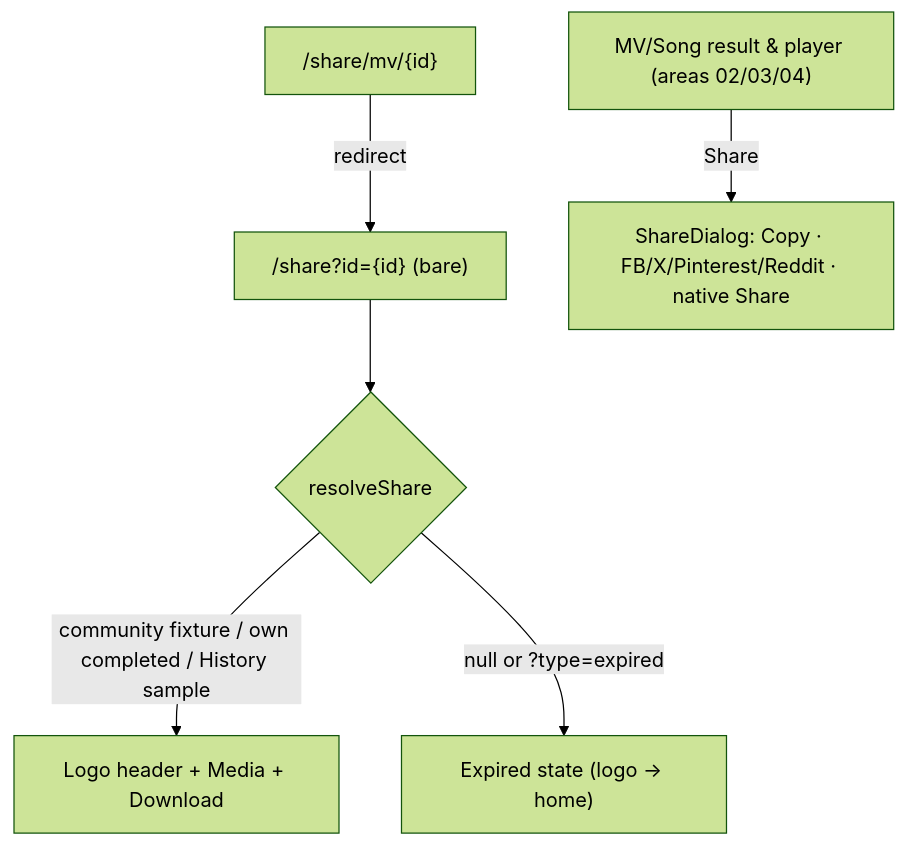
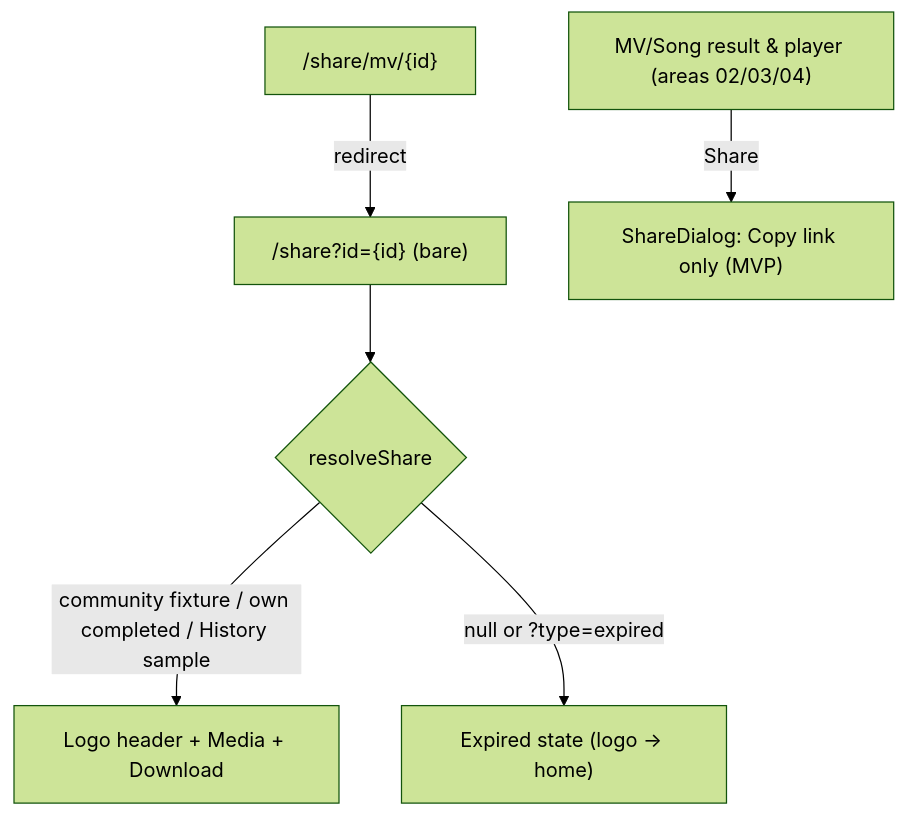
One commit to pft-JasonChen/musemv-ai changed the diagram in web-app/specs/areas/10-share.md. Above: the diagram before and after it, drawn with Mermaid (forest theme). The commit also changed other lines of this file and 9 other files, not shown here.

First line of the commit message:
Design-review fixes: song lyrics, edit storyboard, share dialog, history string

````diff
--- a/web-app/specs/areas/10-share.md
+++ b/web-app/specs/areas/10-share.md
@@ -146,8 +148,8 @@
 ```mermaid
 flowchart TD
   Legacy["/share/mv/{id}"] -->|redirect| SharePage["/share?id={id} (bare)"]
   SharePage --> Resolve{resolveShare}
   Resolve -->|community fixture / own completed / History sample| Valid["Logo header + Media + Download"]
   Resolve -->|null or ?type=expired| Expired["Expired state (logo → home)"]
-  Result["MV/Song result & player (areas 02/03/04)"] -->|Share| Dialog["ShareDialog: Copy · FB/X/Pinterest/Reddit · native Share"]
+  Result["MV/Song result & player (areas 02/03/04)"] -->|Share| Dialog["ShareDialog: Copy link only (MVP)"]
 ```
````
